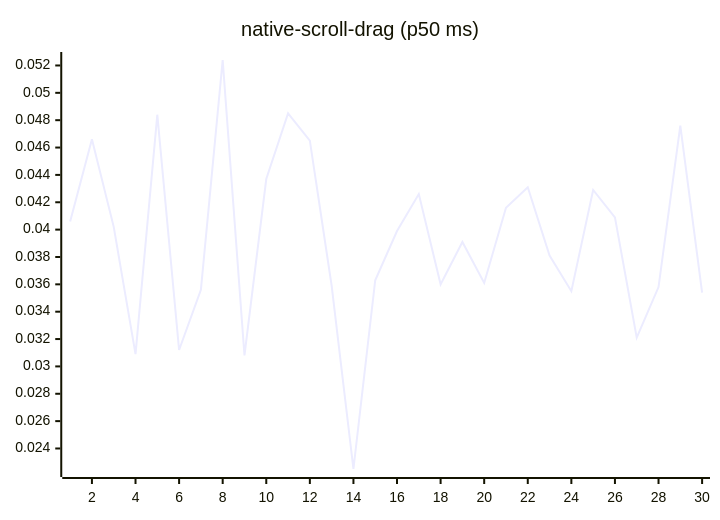
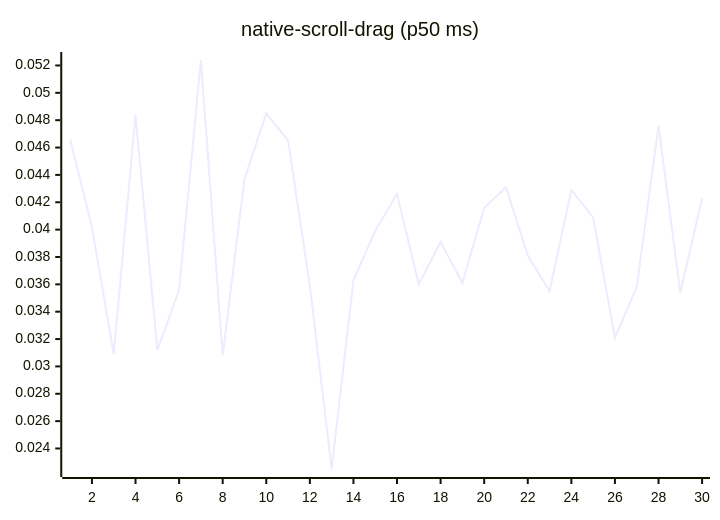
Diagram 14 of 27 in README.md (josha/Facet), drawn with Mermaid before and after one commit. The commit also changed other lines of this file and 2 other files, not shown here.

````diff
--- a/README.md
+++ b/README.md
@@ -154,6 +154,6 @@
 ```mermaid
 xychart-beta
     title "native-scroll-drag (p50 ms)"
     x-axis 1 --> 30
-    line [0.0406, 0.0466, 0.0402, 0.0309, 0.0484, 0.0312, 0.0356, 0.0524, 0.0308, 0.0437, 0.0485, 0.0465, 0.0359, 0.0225, 0.0363, 0.0399, 0.0426, 0.0360, 0.0391, 0.0361, 0.0416, 0.0431, 0.0381, 0.0355, 0.0429, 0.0409, 0.0321, 0.0358, 0.0476, 0.0354]
+    line [0.0466, 0.0402, 0.0309, 0.0484, 0.0312, 0.0356, 0.0524, 0.0308, 0.0437, 0.0485, 0.0465, 0.0359, 0.0225, 0.0363, 0.0399, 0.0426, 0.0360, 0.0391, 0.0361, 0.0416, 0.0431, 0.0381, 0.0355, 0.0429, 0.0409, 0.0321, 0.0358, 0.0476, 0.0354, 0.0423]
 ```
````
